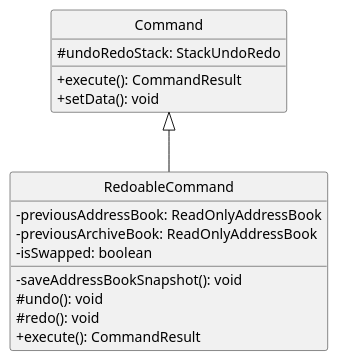
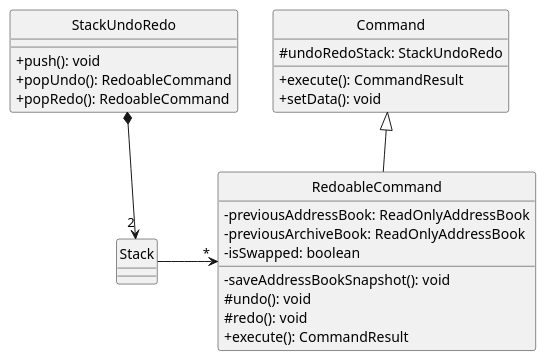
Before and after one commit to nus-cs2103-AY2122S2/tp: the diagram in docs/diagrams/UndoRedo0.puml, drawn with PlantUML. The commit also changed 12 other files, not shown here.

Commit message:
Fix diagram errors

```diff
--- a/docs/diagrams/UndoRedo0.puml
+++ b/docs/diagrams/UndoRedo0.puml
@@ -1,25 +1,39 @@
 @startuml
 hide circle
-
+skinparam classAttributeIconSize 0
 
 Command <|-- RedoableCommand
-
+StackUndoRedo *--> "2" Stack
+RedoableCommand "*" <-left-  Stack
 class Command {
   # undoRedoStack: StackUndoRedo
   + execute(): CommandResult
   + setData(): void
 }
 
 
-skinparam classAttributeIconSize 0
+
 class RedoableCommand
  {
    - previousAddressBook: ReadOnlyAddressBook
    - previousArchiveBook: ReadOnlyAddressBook
    - isSwapped: boolean
    - saveAddressBookSnapshot(): void
    # undo(): void
    # redo(): void
    + execute(): CommandResult
 }
+
+class StackUndoRedo {
+    + push(): void
+    + popUndo(): RedoableCommand
+    + popRedo(): RedoableCommand
+}
+
+class Stack {
+}
+
+class Stack {
+
+}
 @enduml
```
